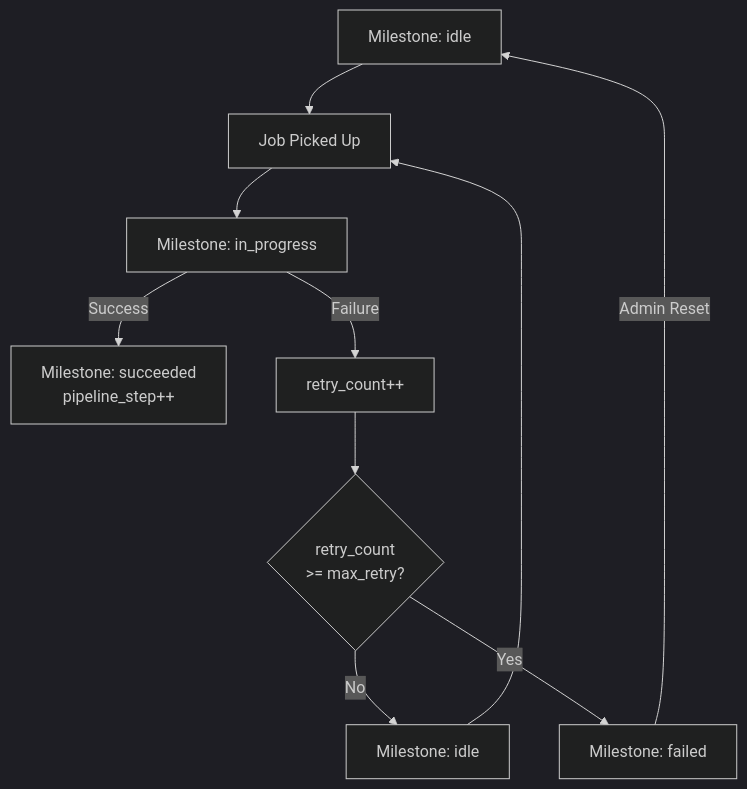
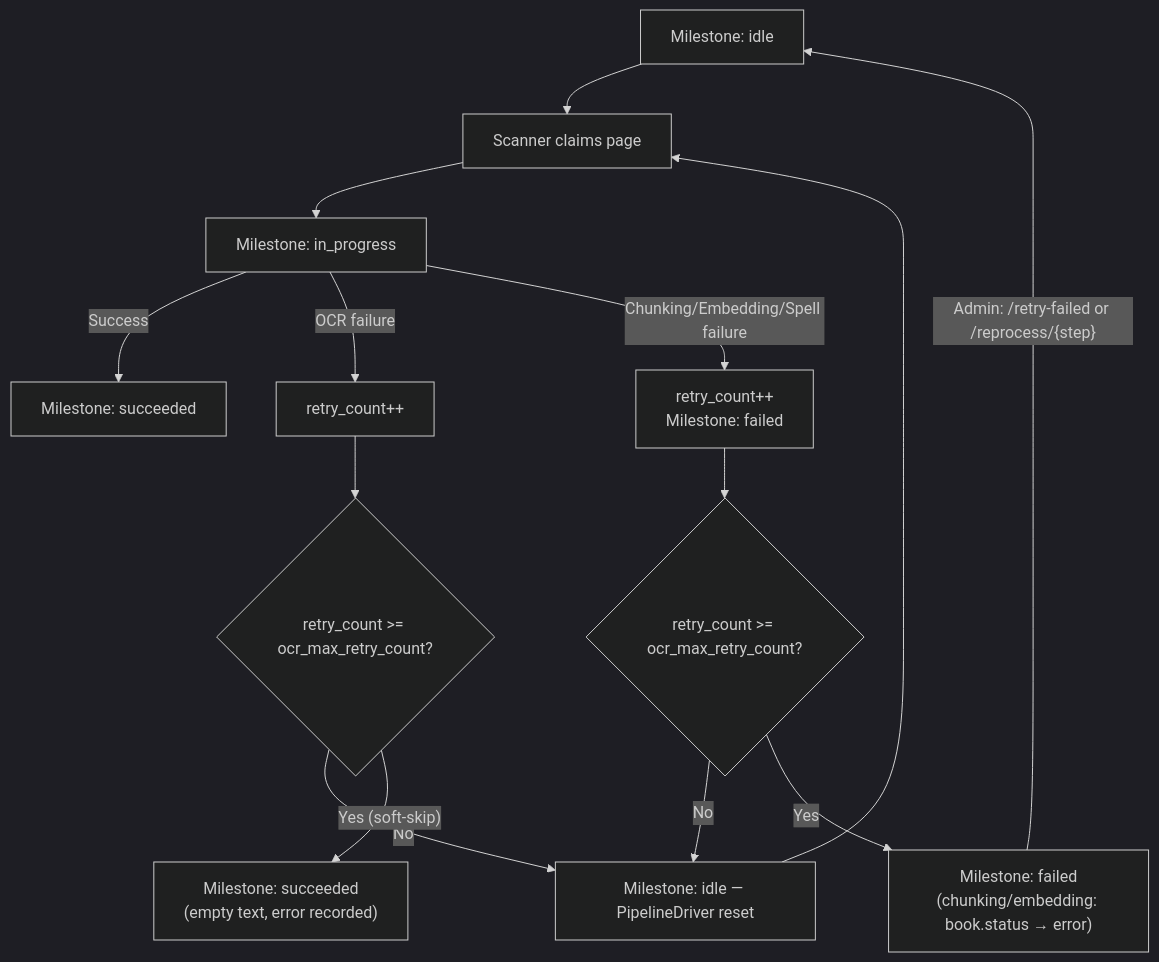
Before and after one commit to Kitabim-AI/kitabim-ai: the third of 3 diagrams in docs/feature/deterministic-router-poc/book_processing_diagram.md, drawn with Mermaid (dark theme). The commit also changed other lines of this file and 4 other files, not shown here.

Commit message:
docs: update chat architecture documentation, diagram flows, and repository method descriptions

````diff
--- a/docs/feature/deterministic-router-poc/book_processing_diagram.md
+++ b/docs/feature/deterministic-router-poc/book_processing_diagram.md
@@ -121,12 +163,16 @@
 ```mermaid
 flowchart TD
-    A[Milestone: idle] --> B[Job Picked Up]
+    A[Milestone: idle] --> B[Scanner claims page]
     B --> C[Milestone: in_progress]
-    C -->|Success| D["Milestone: succeeded<br/>pipeline_step++"]
-    C -->|Failure| E[retry_count++]
-    E --> F{"retry_count<br/>>= max_retry?"}
-    F -->|No| G[Milestone: idle]
+    C -->|Success| D[Milestone: succeeded]
+    C -->|OCR failure| E1["retry_count++"]
+    C -->|Chunking/Embedding/Spell failure| E2["retry_count++<br/>Milestone: failed"]
+    E1 --> F1{"retry_count >= ocr_max_retry_count?"}
+    F1 -->|No| G[Milestone: idle — PipelineDriver reset]
+    F1 -->|"Yes (soft-skip)"| D2["Milestone: succeeded<br/>(empty text, error recorded)"]
     G --> B
-    F -->|Yes| H[Milestone: failed]
-    H -->|Admin Reset| A
+    E2 --> F2{"retry_count >= ocr_max_retry_count?"}
+    F2 -->|No| G
+    F2 -->|Yes| H["Milestone: failed<br/>(chunking/embedding: book.status → error)"]
+    H -->|"Admin: /retry-failed or /reprocess/{step}"| A
 ```
````
